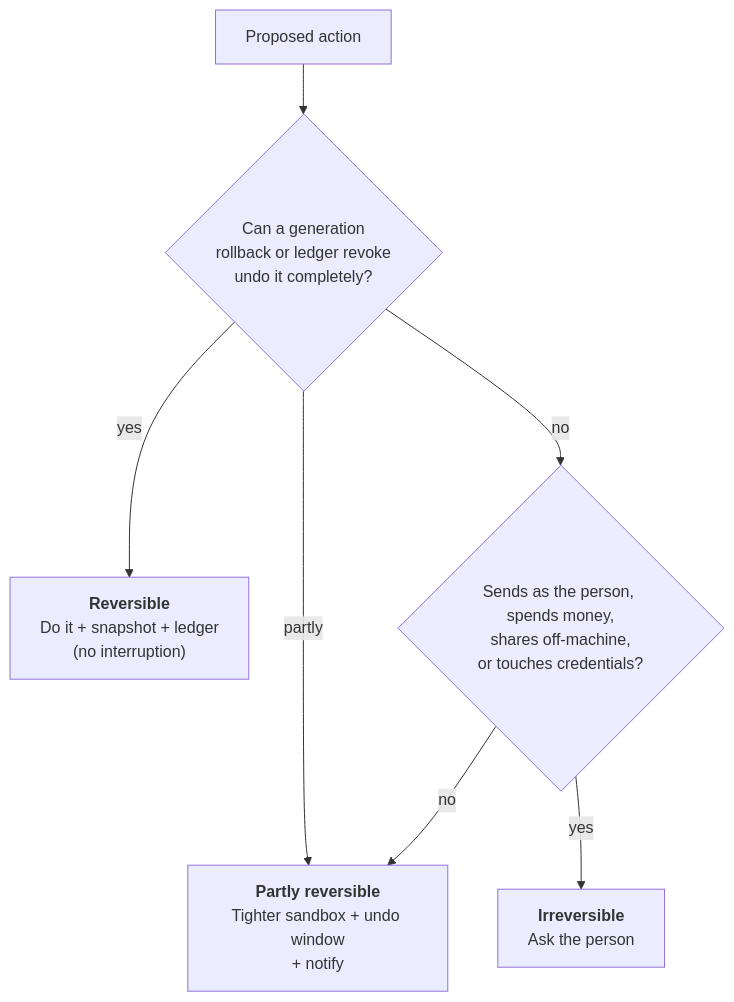
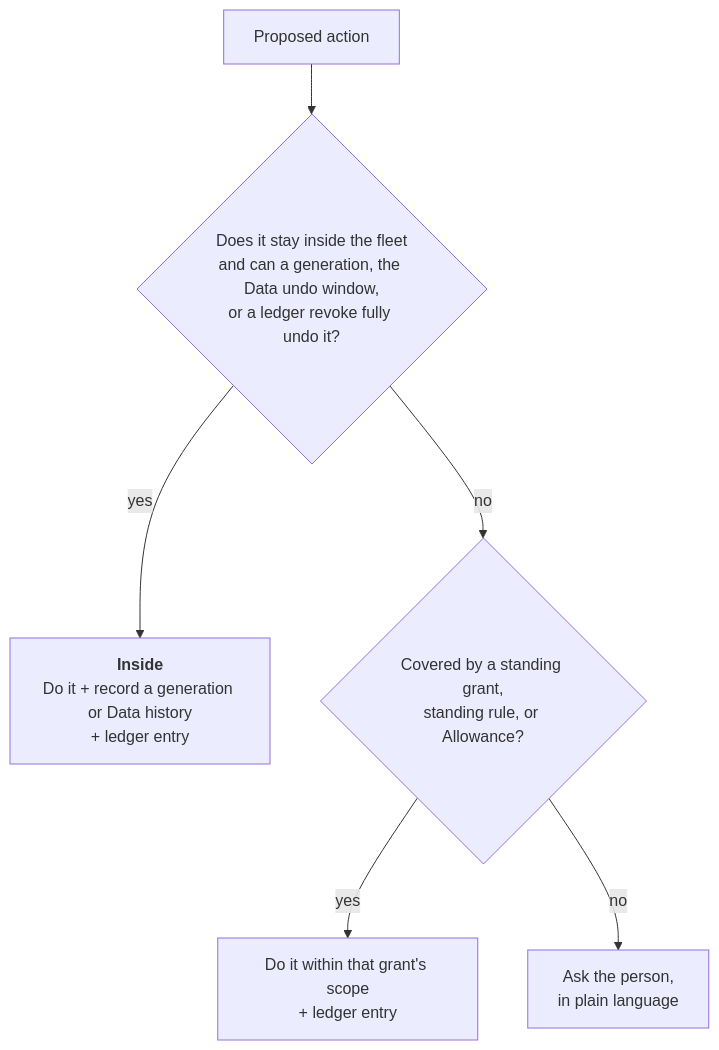
The third of 4 diagrams in docs/agent-first/design/approver-and-autonomy.md (crowbaros/crowbaros), drawn with Mermaid before and after one commit. The commit also changed other lines of this file and 14 other files, not shown here.

````diff
--- a/docs/agent-first/design/approver-and-autonomy.md
+++ b/docs/agent-first/design/approver-and-autonomy.md
@@ -76,9 +154,8 @@
 ```mermaid
 flowchart TD
-    A[Proposed action] --> Q1{Can a generation<br/>rollback or ledger revoke<br/>undo it completely?}
-    Q1 -- yes --> T1["<b>Reversible</b><br/>Do it + snapshot + ledger<br/>(no interruption)"]
-    Q1 -- partly --> T2["<b>Partly reversible</b><br/>Tighter sandbox + undo window<br/>+ notify"]
-    Q1 -- no --> Q2{Sends as the person, spends money,<br/>shares off-machine,<br/>or touches credentials?}
-    Q2 -- yes --> T3["<b>Irreversible</b><br/>Ask the person"]
-    Q2 -- no --> T2
+    A[Proposed action] --> Q1{"Does it stay inside the fleet<br/>and can a generation, the Data undo window,<br/>or a ledger revoke fully undo it?"}
+    Q1 -- yes --> IN["<b>Inside</b><br/>Do it + record a generation or Data history<br/>+ ledger entry"]
+    Q1 -- no --> Q2{"Covered by a standing grant,<br/>standing rule, or Allowance?"}
+    Q2 -- yes --> OK["Do it within that grant's scope<br/>+ ledger entry"]
+    Q2 -- no --> ASK["Ask the person,<br/>in plain language"]
 ```
````
